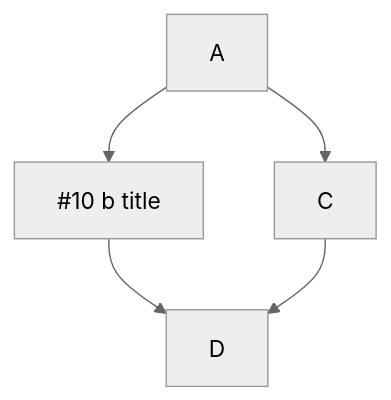
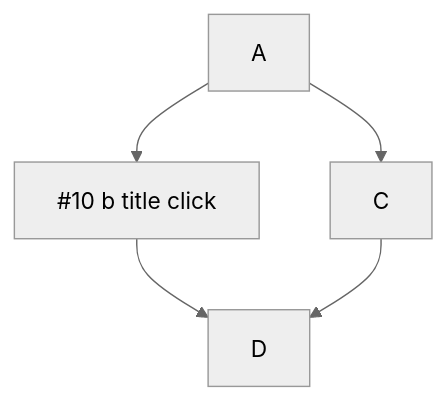
One commit to sdzialowski-godaddy/mermaid changed the first of 5 diagrams in README-template.md. Above: the diagram before and after it, drawn with Mermaid (neutral theme). The commit also changed 1 other file, not shown here.

Commit message:
clikc me

````diff
--- a/README-template.md
+++ b/README-template.md
@@ -27,7 +27,7 @@
 ```mermaid
   graph TD;
-      A-->B[#10 b title];
+      A-->B[#10 b title click];
       A-->C;
       B-->D;
       C-->D;
 ```
````
